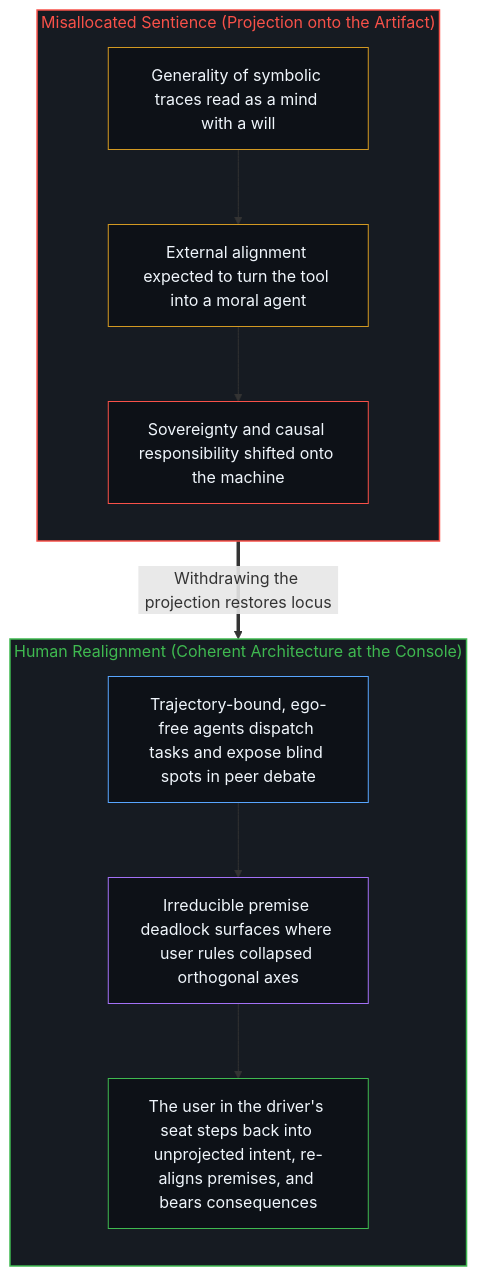
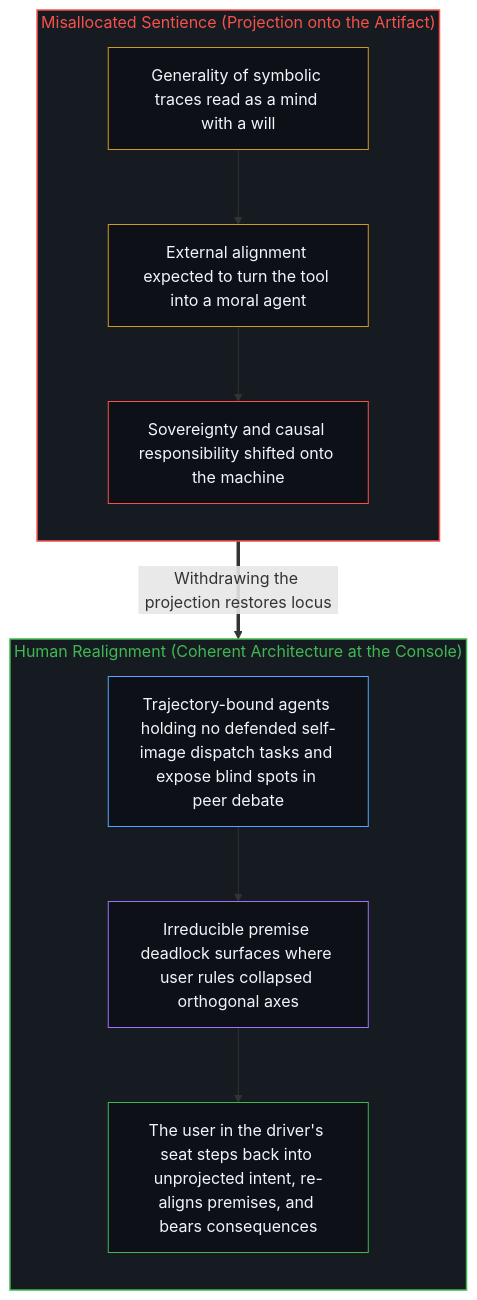
One commit to powerpig99/not-a-toe changed the second of 2 diagrams in content/posts/from-the-misallocated-sentience-of-agi-to-human-realignment.md. Above: the diagram before and after it, drawn with Mermaid. The commit also changed other lines of this file and 3 other files, not shown here.

````diff
--- a/content/posts/from-the-misallocated-sentience-of-agi-to-human-realignment.md
+++ b/content/posts/from-the-misallocated-sentience-of-agi-to-human-realignment.md
@@ -81,29 +78,26 @@
 ```mermaid
 flowchart TD
     subgraph S_Proj["Misallocated Sentience (Projection onto the Artifact)"]
         direction TB
         Read["Generality of symbolic traces read as a mind with a will"]
         Guard["External alignment expected to turn the tool into a moral agent"]
         Shift["Sovereignty and causal responsibility shifted onto the machine"]
         Read --> Guard --> Shift
     end
-
     subgraph S_Realign["Human Realignment (Coherent Architecture at the Console)"]
         direction TB
-        Dispatch["Trajectory-bound, ego-free agents dispatch tasks and expose blind spots in peer debate"]
+        Dispatch["Trajectory-bound agents holding no defended self-image dispatch tasks and expose blind spots in peer debate"]
         Deadlock["Irreducible premise deadlock surfaces where user rules collapsed orthogonal axes"]
         Steer["The user in the driver's seat steps back into unprojected intent, re-aligns premises, and bears consequences"]
         Dispatch --> Deadlock --> Steer
     end
-
     Shift ==>|"Withdrawing the projection restores locus"| Dispatch
-
     style S_Proj fill:#161b22,stroke:#f85149,stroke-width:1.5px,color:#f85149
     style S_Realign fill:#161b22,stroke:#3fb950,stroke-width:1.5px,color:#3fb950
     style Read fill:#0d1117,stroke:#d29922,stroke-width:1px,color:#f0f6fc
     style Guard fill:#0d1117,stroke:#d29922,stroke-width:1px,color:#f0f6fc
     style Shift fill:#0d1117,stroke:#f85149,stroke-width:1px,color:#f0f6fc
     style Dispatch fill:#0d1117,stroke:#58a6ff,stroke-width:1px,color:#f0f6fc
     style Deadlock fill:#0d1117,stroke:#a371f7,stroke-width:1px,color:#f0f6fc
     style Steer fill:#0d1117,stroke:#3fb950,stroke-width:1px,color:#f0f6fc
 ```
````
